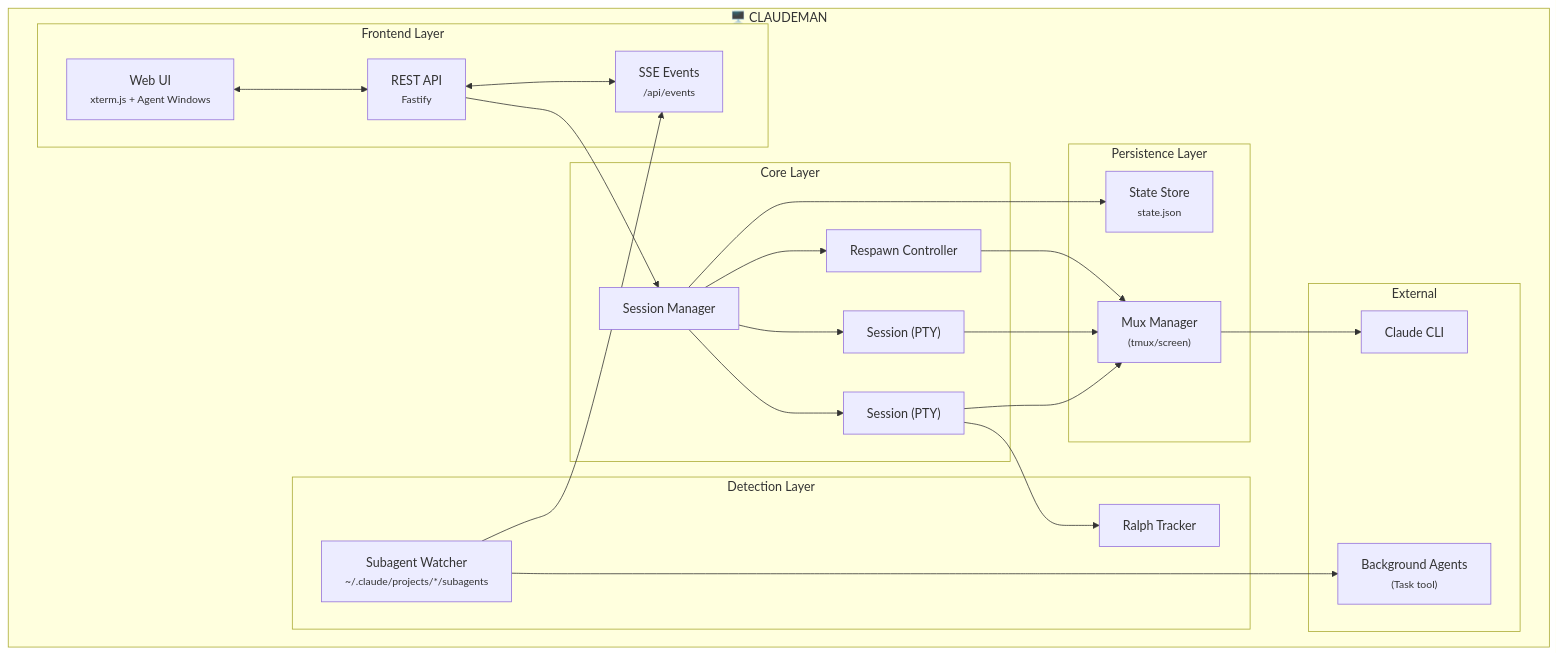
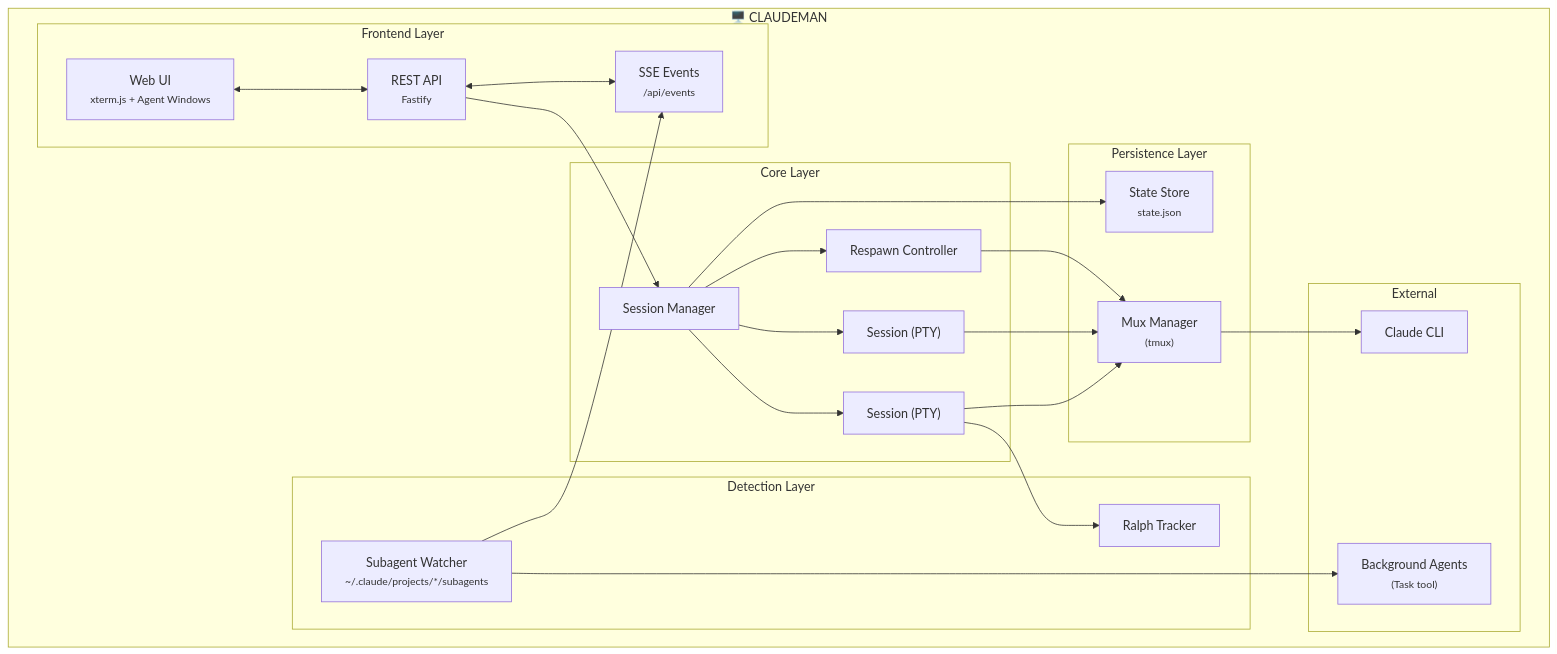
The diagram in README.md (SGudbrandsson/Codeman), drawn with Mermaid before and after one commit. The commit also changed other lines of this file and 39 other files, not shown here.

````diff
--- a/README.md
+++ b/README.md
@@ -498,47 +498,47 @@
 ```mermaid
 flowchart TB
     subgraph Claudeman["🖥️ CLAUDEMAN"]
         subgraph Frontend["Frontend Layer"]
             UI["Web UI<br/><small>xterm.js + Agent Windows</small>"]
             API["REST API<br/><small>Fastify</small>"]
             SSE["SSE Events<br/><small>/api/events</small>"]
         end
 
         subgraph Core["Core Layer"]
             SM["Session Manager"]
             S1["Session (PTY)"]
             S2["Session (PTY)"]
             RC["Respawn Controller"]
         end
 
         subgraph Detection["Detection Layer"]
             RT["Ralph Tracker"]
             SW["Subagent Watcher<br/><small>~/.claude/projects/*/subagents</small>"]
         end
 
         subgraph Persistence["Persistence Layer"]
-            SCR["Mux Manager<br/><small>(tmux/screen)</small>"]
+            SCR["Mux Manager<br/><small>(tmux)</small>"]
             SS["State Store<br/><small>state.json</small>"]
         end
 
         subgraph External["External"]
             CLI["Claude CLI"]
             BG["Background Agents<br/><small>(Task tool)</small>"]
         end
     end
 
     UI <--> API
     API <--> SSE
     API --> SM
     SM --> S1
     SM --> S2
     SM --> RC
     SM --> SS
     S1 --> RT
     S1 --> SCR
     S2 --> SCR
     RC --> SCR
     SCR --> CLI
     SW --> BG
     SW --> SSE
 ```
````
